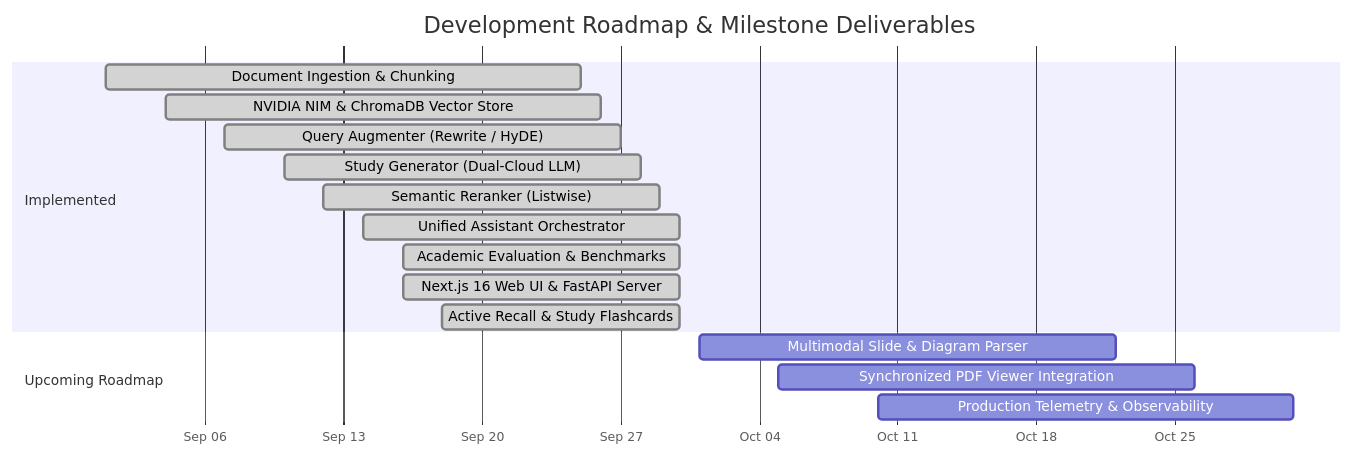
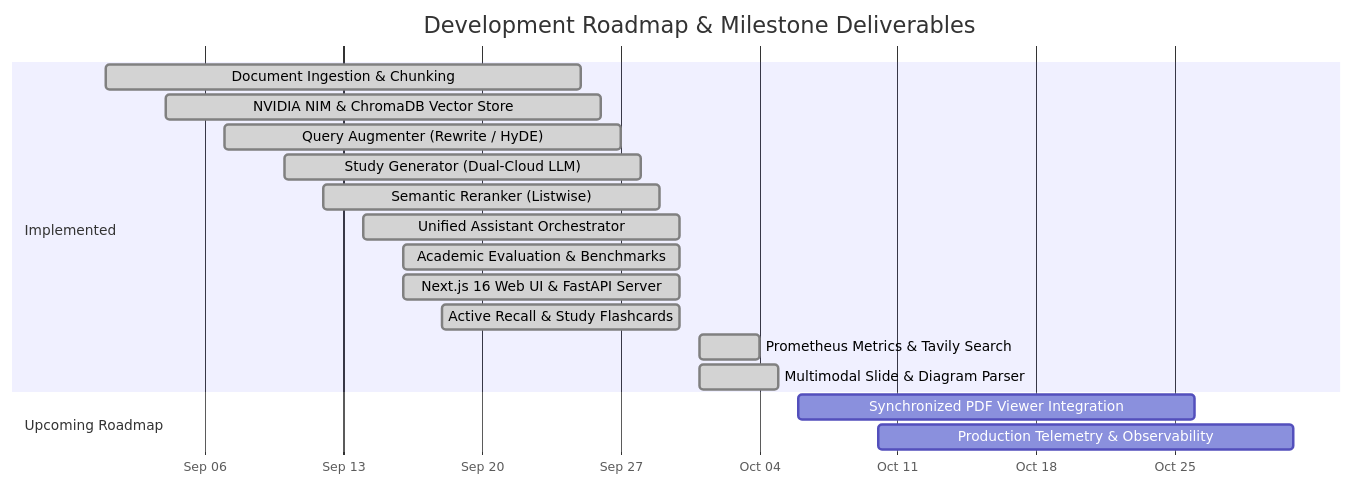
Before and after one commit to Khazar451/study-assistant: the second of 2 diagrams in README.md, drawn with Mermaid. The commit also changed other lines of this file, not shown here.

Commit message:
docs(readme): update architecture, roadmap, and test counts for multimodal vision and search

````diff
--- a/README.md
+++ b/README.md
@@ -237,20 +241,21 @@
 ```mermaid
 gantt
     title Development Roadmap & Milestone Deliverables
     dateFormat  YYYY-MM-DD
     axisFormat  %b %d
     section Implemented
     Document Ingestion & Chunking       :done, 2026-09-01, 2026-09-25
     NVIDIA NIM & ChromaDB Vector Store  :done, 2026-09-04, 2026-09-26
     Query Augmenter (Rewrite / HyDE)    :done, 2026-09-07, 2026-09-27
     Study Generator (Dual-Cloud LLM)    :done, 2026-09-10, 2026-09-28
     Semantic Reranker (Listwise)        :done, 2026-09-12, 2026-09-29
     Unified Assistant Orchestrator      :done, 2026-09-14, 2026-09-30
     Academic Evaluation & Benchmarks    :done, 2026-09-16, 2026-09-30
     Next.js 16 Web UI & FastAPI Server  :done, 2026-09-16, 2026-09-30
     Active Recall & Study Flashcards    :done, 2026-09-18, 2026-09-30
+    Prometheus Metrics & Tavily Search  :done, 2026-10-01, 2026-10-04
+    Multimodal Slide & Diagram Parser   :done, 2026-10-01, 2026-10-05
     section Upcoming Roadmap
-    Multimodal Slide & Diagram Parser   :2026-10-01, 2026-10-22
-    Synchronized PDF Viewer Integration :2026-10-05, 2026-10-26
+    Synchronized PDF Viewer Integration :2026-10-06, 2026-10-26
     Production Telemetry & Observability:2026-10-10, 2026-10-31
 ```
````
